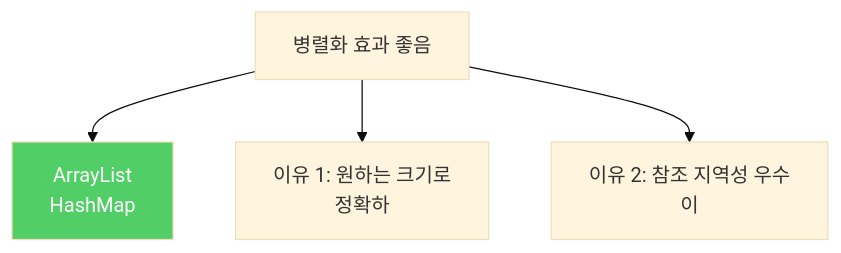
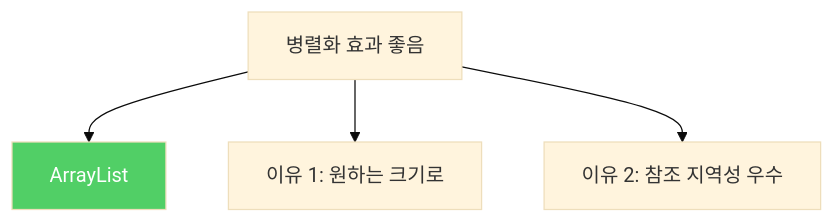
One commit to yjkim2015/yjkim2015.github.io changed the first of 3 diagrams in _posts/java/2022-01-24-effective-java48.md. Above: the diagram before and after it, drawn with Mermaid (base theme). The commit also changed other lines of this file and 217 other files, not shown here.

First line of the commit message:
Mermaid 크기 수정: useMaxWidth:true + SVG max-width:100% + 라벨 축소

````diff
--- a/_posts/java/2022-01-24-effective-java48.md
+++ b/_posts/java/2022-01-24-effective-java48.md
@@ -41,7 +41,7 @@
 ```mermaid
 graph TD
-    A["병렬화 효과 좋음"] --> B["ArrayList\nHashMap"]
-    A --> C["이유 1: 원하는 크기로\n정확하"]
-    A --> D["이유 2: 참조 지역성 우수\n이"]
+    A["병렬화 효과 좋음"] --> B["ArrayList"]
+    A --> C["이유 1: 원하는 크기로"]
+    A --> D["이유 2: 참조 지역성 우수"]
     style B fill:#51cf66,color:#fff
 ```
````
